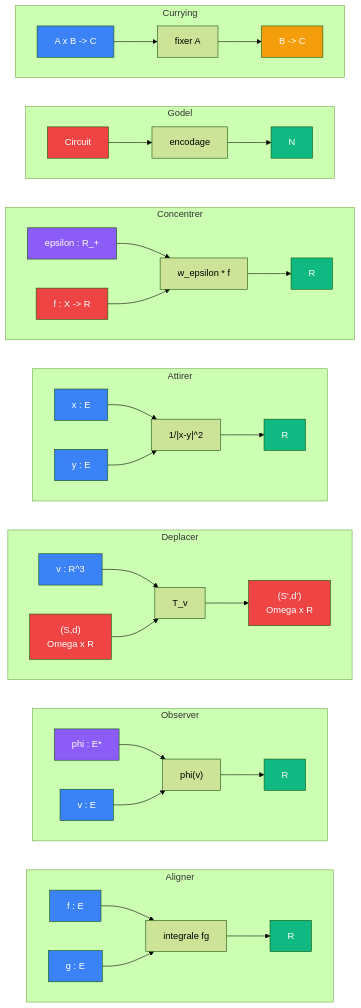
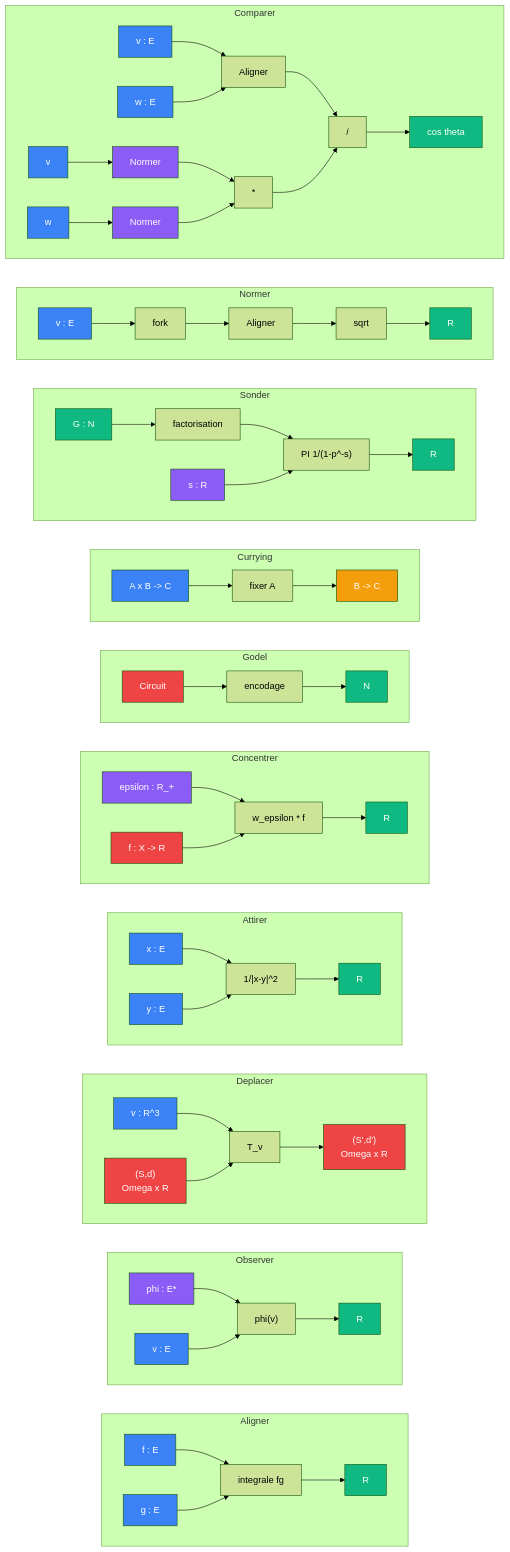
One commit to yanntyb/maths changed the diagram in docs/sens/README.md. Above: the diagram before and after it, drawn with Mermaid (forest theme). The commit also changed other lines of this file and 26 other files, not shown here.

````diff
--- a/docs/sens/README.md
+++ b/docs/sens/README.md
@@ -5,48 +5,67 @@
 ```mermaid
 graph LR
     subgraph PS["Aligner"]
         direction LR
         f_ps["f : E"]:::blue --> intfg["integrale fg"] --> r_ps["R"]:::green
         g_ps["g : E"]:::blue --> intfg
     end
 
     subgraph PD["Observer"]
         direction LR
         phi_pd["phi : E*"]:::violet --> eval["phi(v)"] --> r_pd["R"]:::green
         v_pd["v : E"]:::blue --> eval
     end
 
     subgraph MV["Deplacer"]
         direction LR
         v_mv["v : R^3"]:::blue --> tv["T_v"] --> sd_mv["(S',d')\nOmega x R"]:::red
         sd0_mv["(S,d)\nOmega x R"]:::red --> tv
     end
 
     subgraph AT["Attirer"]
         direction LR
         x_at["x : E"]:::blue --> inv_at["1/|x-y|^2"] --> r_at["R"]:::green
         y_at["y : E"]:::blue --> inv_at
     end
 
     subgraph CC["Concentrer"]
         direction LR
         eps_cc["epsilon : R_+"]:::violet --> w_cc["w_epsilon * f"] --> r_cc["R"]:::green
         f_cc["f : X -> R"]:::red --> w_cc
     end
 
     subgraph GD["Godel"]
         direction LR
         circuit_gd["Circuit"]:::red --> enc_gd["encodage"] --> n_gd["N"]:::green
     end
 
     subgraph CU["Currying"]
         direction LR
         ab_cu["A x B -> C"]:::blue --> fix_cu["fixer A"] --> bc_cu["B -> C"]:::curry
     end
 
+    subgraph SD["Sonder"]
+        direction LR
+        g_sd["G : N"]:::green --> fact_sd["factorisation"] --> euler_sd["PI 1/(1-p^-s)"] --> r_sd["R"]:::green
+        s_sd["s : R"]:::violet --> euler_sd
+    end
+
+    subgraph NM["Normer"]
+        direction LR
+        v_nm["v : E"]:::blue --> fork_nm["fork"] --> al_nm["Aligner"] --> sqrt_nm["sqrt"] --> r_nm["R"]:::green
+    end
+
+    subgraph CP["Comparer"]
+        direction LR
+        v_cp["v : E"]:::blue --> al_cp["Aligner"] --> div_cp["/"] --> r_cp["cos theta"]:::green
+        w_cp["w : E"]:::blue --> al_cp
+        v_cp2["v"]:::blue --> nm1_cp["Normer"]:::violet --> mul_cp["*"] --> div_cp
+        w_cp2["w"]:::blue --> nm2_cp["Normer"]:::violet --> mul_cp
+    end
+
     classDef blue fill:#3B82F6,color:#fff
     classDef violet fill:#8B5CF6,color:#fff
     classDef green fill:#10B981,color:#fff
     classDef red fill:#EF4444,color:#fff
     classDef curry fill:#F59E0B,color:#fff
 ```
````
